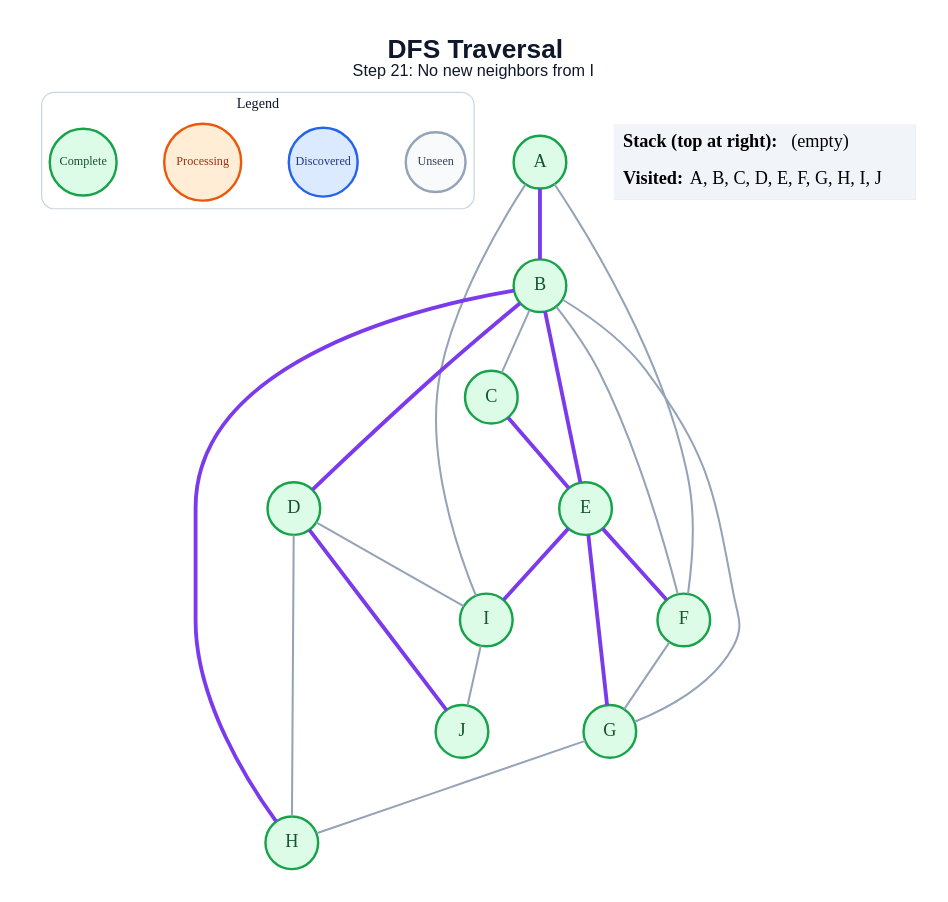
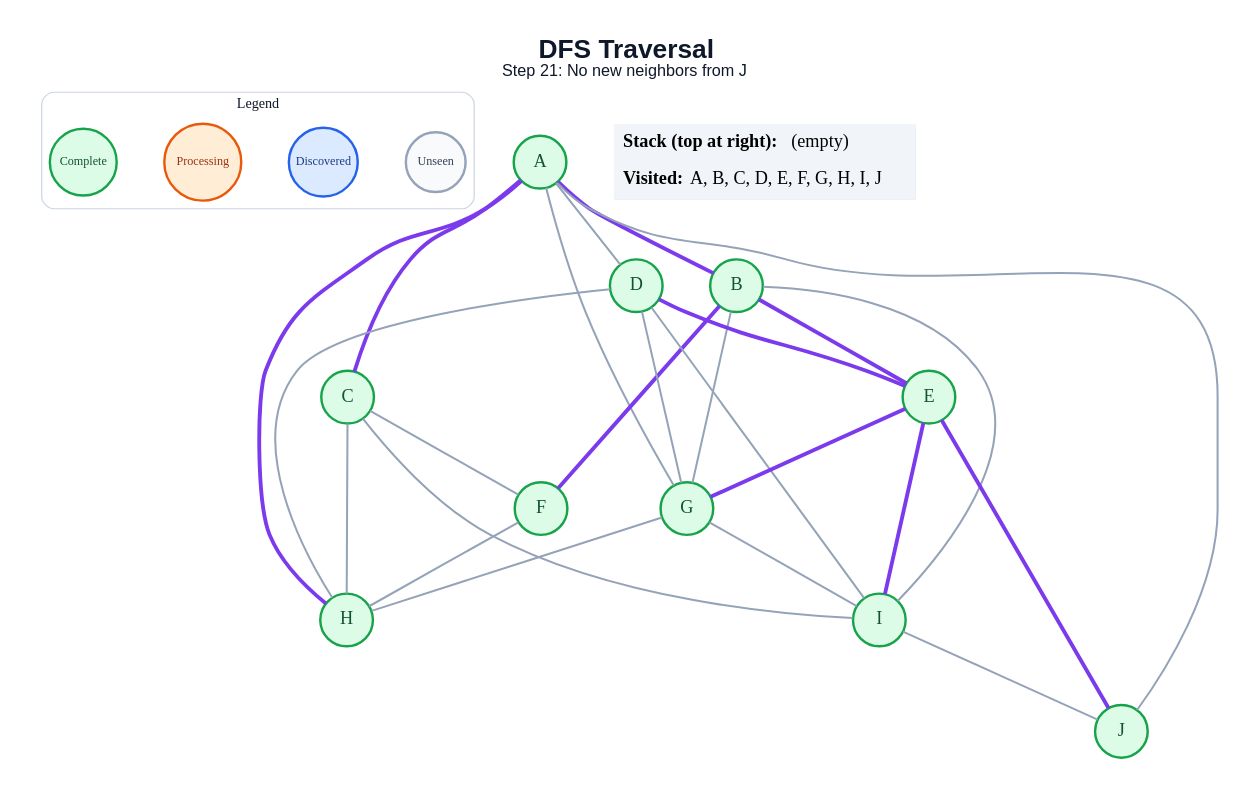
The diagram in generated/specific-node/dfs/step_21.dot (amanghodawala9/ai-slop), drawn with Graphviz before and after one commit. The commit also changed 178 other files, not shown here.

```diff
--- a/generated/specific-node/dfs/step_21.dot
+++ b/generated/specific-node/dfs/step_21.dot
@@ -1,48 +1,53 @@
 graph traversal {
   graph [layout=dot, rankdir=TB, bgcolor="#FFFFFF", pad="0.35", nodesep="0.65", ranksep="0.8", fontname="Arial"];
   node [shape=circle, style="filled", fontname="Arial Bold", fontsize=18, width=0.72, fixedsize=true, penwidth=2.4];
   edge [color="#94A3B8", penwidth=2.0];
-  label=<<B>DFS Traversal</B><BR/><FONT POINT-SIZE="16">Step 21: No new neighbors from I</FONT>>; labelloc="t"; fontsize=26; fontname="Arial"; fontcolor="#0F172A";
+  label=<<B>DFS Traversal</B><BR/><FONT POINT-SIZE="16">Step 21: No new neighbors from J</FONT>>; labelloc="t"; fontsize=26; fontname="Arial"; fontcolor="#0F172A";
   subgraph cluster_legend { label="Legend"; color="#CBD5E1"; penwidth=1.2; style="rounded"; fontsize=14; fontname="Arial Bold";
     key_unseen [label="Unseen", fillcolor="#F8FAFC", color="#94A3B8", fontcolor="#334155", fontsize=12, width=0.82];
     key_frontier [label="Discovered", fillcolor="#DBEAFE", color="#2563EB", fontcolor="#1E3A8A", fontsize=12, width=0.95];
     key_current [label="Processing", fillcolor="#FFEDD5", color="#EA580C", fontcolor="#9A3412", fontsize=12, width=1.05];
     key_done [label="Complete", fillcolor="#DCFCE7", color="#16A34A", fontcolor="#14532D", fontsize=12, width=0.92];
     { rank=same; key_unseen; key_frontier; key_current; key_done; }
   }
   A [fillcolor="#DCFCE7", color="#16A34A", fontcolor="#14532D"];
   B [fillcolor="#DCFCE7", color="#16A34A", fontcolor="#14532D"];
   C [fillcolor="#DCFCE7", color="#16A34A", fontcolor="#14532D"];
   D [fillcolor="#DCFCE7", color="#16A34A", fontcolor="#14532D"];
   E [fillcolor="#DCFCE7", color="#16A34A", fontcolor="#14532D"];
   F [fillcolor="#DCFCE7", color="#16A34A", fontcolor="#14532D"];
   G [fillcolor="#DCFCE7", color="#16A34A", fontcolor="#14532D"];
   H [fillcolor="#DCFCE7", color="#16A34A", fontcolor="#14532D"];
   I [fillcolor="#DCFCE7", color="#16A34A", fontcolor="#14532D"];
   J [fillcolor="#DCFCE7", color="#16A34A", fontcolor="#14532D"];
   A -- B [color="#7C3AED", penwidth=3.8];
-  A -- F;
-  A -- I;
-  B -- C;
-  B -- D [color="#7C3AED", penwidth=3.8];
+  A -- C [color="#7C3AED", penwidth=3.8];
+  A -- D;
+  A -- G;
+  A -- H [color="#7C3AED", penwidth=3.8];
+  A -- J;
   B -- E [color="#7C3AED", penwidth=3.8];
-  B -- F;
+  B -- F [color="#7C3AED", penwidth=3.8];
   B -- G;
-  B -- H [color="#7C3AED", penwidth=3.8];
-  C -- E [color="#7C3AED", penwidth=3.8];
+  B -- I;
+  C -- F;
+  C -- H;
+  C -- I;
+  D -- E [color="#7C3AED", penwidth=3.8];
+  D -- G;
   D -- H;
   D -- I;
-  D -- J [color="#7C3AED", penwidth=3.8];
-  E -- F [color="#7C3AED", penwidth=3.8];
   E -- G [color="#7C3AED", penwidth=3.8];
   E -- I [color="#7C3AED", penwidth=3.8];
-  F -- G;
+  E -- J [color="#7C3AED", penwidth=3.8];
+  F -- H;
   G -- H;
+  G -- I;
   I -- J;
   status [shape=plain, fixedsize=false, width=0, height=0, margin=0, label=<
     <TABLE BORDER="0" CELLBORDER="0" CELLPADDING="7" BGCOLOR="#F1F5F9">
       <TR><TD ALIGN="LEFT"><B>Stack (top at right):</B> (empty)</TD></TR>
       <TR><TD ALIGN="LEFT"><B>Visited:</B> A, B, C, D, E, F, G, H, I, J</TD></TR>
     </TABLE>
   >];
 }
```
